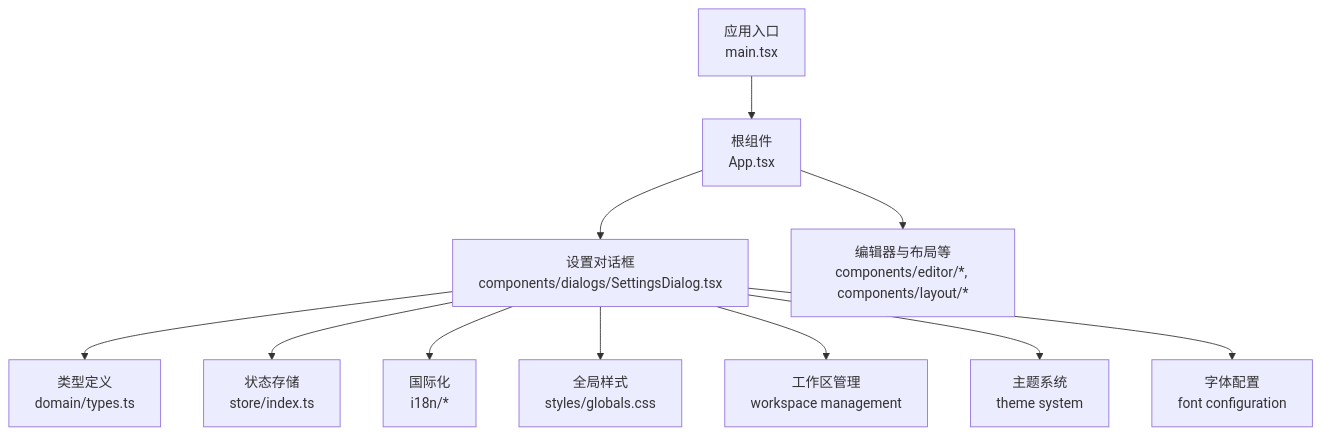
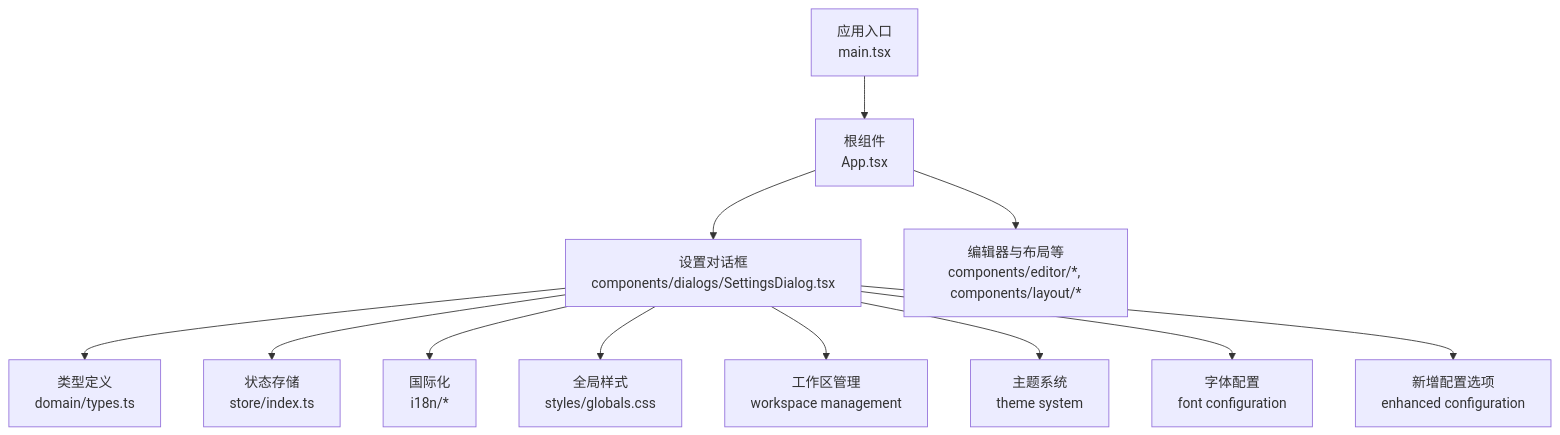
One commit to gongshiyun/ZenNote changed the first of 4 diagrams in .qoder/repowiki/zh/content/对话框系统.md. Above: the diagram before and after it, drawn with Mermaid. The commit also changed other lines of this file and 21 other files, not shown here.

````diff
--- a/.qoder/repowiki/zh/content/对话框系统.md
+++ b/.qoder/repowiki/zh/content/对话框系统.md
@@ -43,13 +44,14 @@
 ```mermaid
 graph TB
 A["应用入口<br/>main.tsx"] --> B["根组件<br/>App.tsx"]
 B --> C["设置对话框<br/>components/dialogs/SettingsDialog.tsx"]
 B --> D["编辑器与布局等<br/>components/editor/*, components/layout/*"]
 C --> E["类型定义<br/>domain/types.ts"]
 C --> F["状态存储<br/>store/index.ts"]
 C --> G["国际化<br/>i18n/*"]
 C --> H["全局样式<br/>styles/globals.css"]
 C --> I["工作区管理<br/>workspace management"]
 C --> J["主题系统<br/>theme system"]
 C --> K["字体配置<br/>font configuration"]
+C --> L["新增配置选项<br/>enhanced configuration"]
 ```
````
